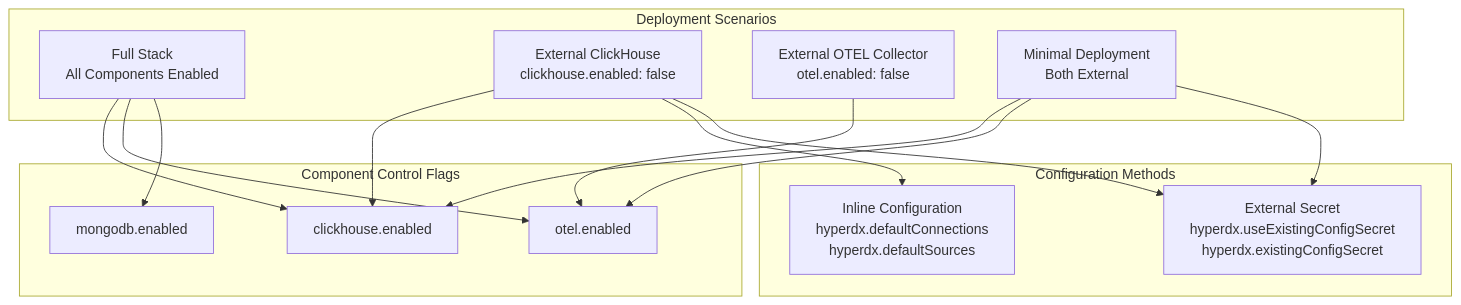
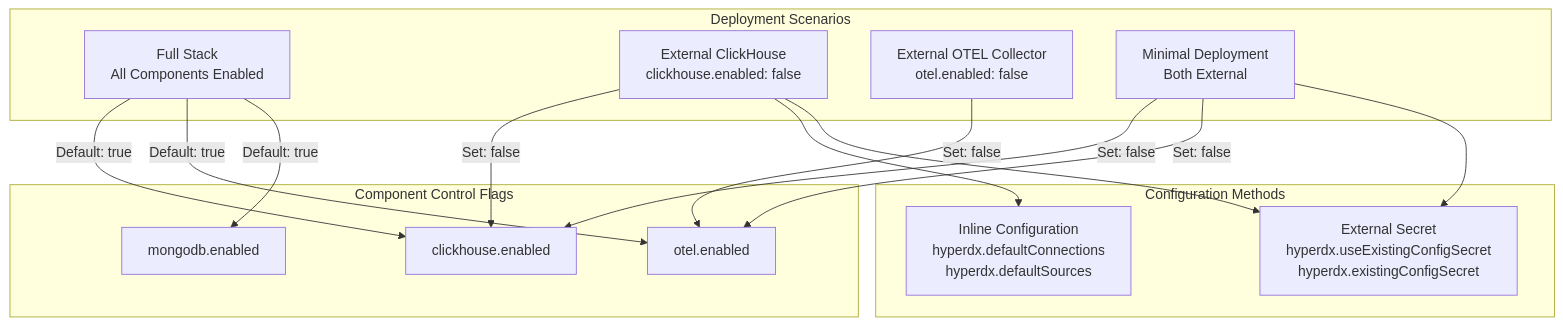
Before and after one commit to openchoreo/openchoreo: the first of 6 diagrams in docs/hyperdxio-helm-charts-docs/Deployment-Scenarios.md, drawn with Mermaid. The commit also changed other lines of this file and 85 other files, not shown here.

Commit message:
feat: Add new workflow and specification templates, update Helm chart dependencies, and clarify documentation diagrams.

````diff
--- a/docs/hyperdxio-helm-charts-docs/Deployment-Scenarios.md
+++ b/docs/hyperdxio-helm-charts-docs/Deployment-Scenarios.md
@@ -13,42 +13,42 @@
 ```mermaid
 flowchart TD
 
 FullStack["Full Stack<br>All Components Enabled"]
 ExtCH["External ClickHouse<br>clickhouse.enabled: false"]
 ExtOTEL["External OTEL Collector<br>otel.enabled: false"]
 Minimal["Minimal Deployment<br>Both External"]
 CHFlag["clickhouse.enabled"]
 OTELFlag["otel.enabled"]
 MongoFlag["mongodb.enabled"]
 Inline["Inline Configuration<br>hyperdx.defaultConnections<br>hyperdx.defaultSources"]
 ExternalSecret["External Secret<br>hyperdx.useExistingConfigSecret<br>hyperdx.existingConfigSecret"]
 
-FullStack --> CHFlag
-FullStack --> OTELFlag
-FullStack --> MongoFlag
-ExtCH --> CHFlag
+FullStack -->|"Default: true"| CHFlag
+FullStack -->|"Default: true"| OTELFlag
+FullStack -->|"Default: true"| MongoFlag
+ExtCH -->|"Set: false"| CHFlag
 ExtCH --> Inline
 ExtCH --> ExternalSecret
-ExtOTEL --> OTELFlag
-Minimal --> CHFlag
-Minimal --> OTELFlag
+ExtOTEL -->|"Set: false"| OTELFlag
+Minimal -->|"Set: false"| CHFlag
+Minimal -->|"Set: false"| OTELFlag
 Minimal --> ExternalSecret
 
 subgraph ConfigMethods ["Configuration Methods"]
     Inline
     ExternalSecret
 end
 
 subgraph Components ["Component Control Flags"]
     CHFlag
     OTELFlag
     MongoFlag
 end
 
 subgraph DeploymentScenarios ["Deployment Scenarios"]
     FullStack
     ExtCH
     ExtOTEL
     Minimal
 end
 ```
````
